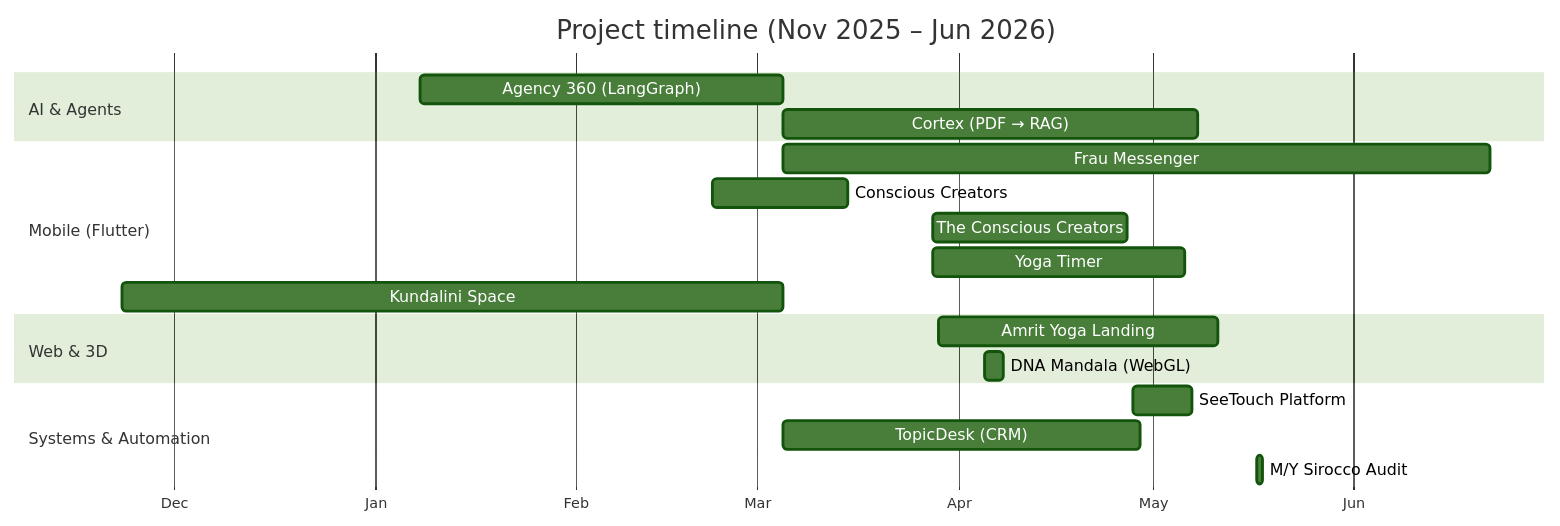
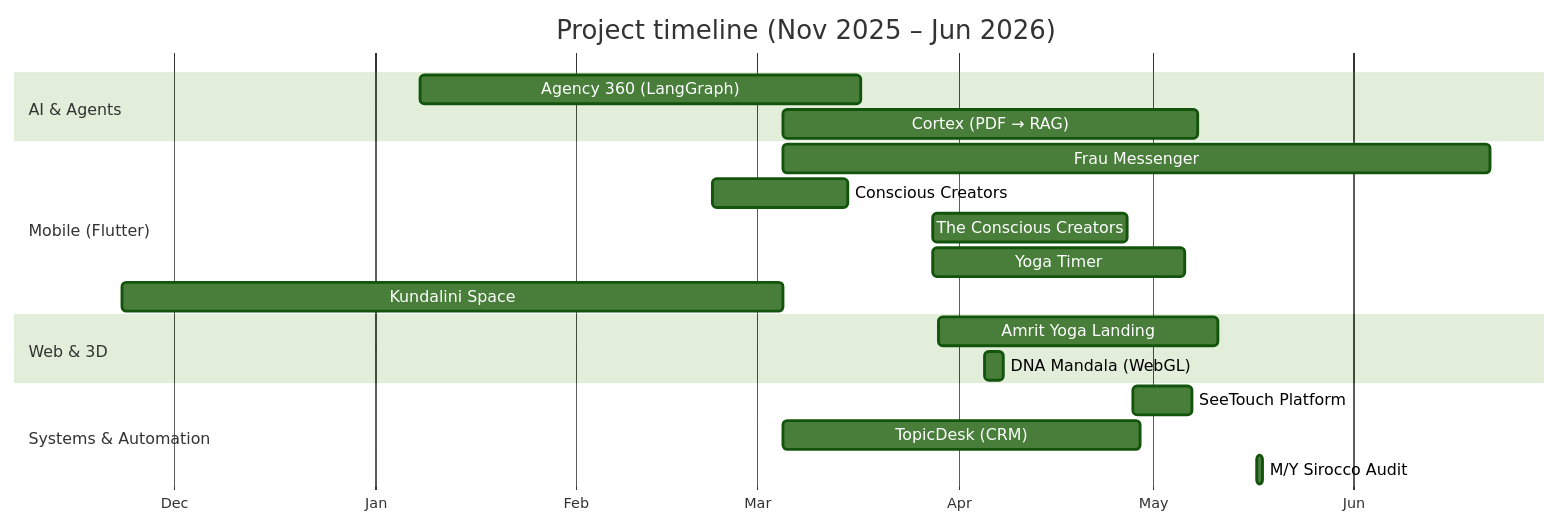
Before and after one commit to SeeTouch/SeeTouch: the diagram in README.md, drawn with Mermaid (forest theme). The commit also changed other lines of this file and 1 other file, not shown here.

Commit message:
Agency 360: unify as single project (197 commits, one repo); fix metrics

````diff
--- a/README.md
+++ b/README.md
@@ -54,22 +54,22 @@
 ```mermaid
 gantt
     title Project timeline (Nov 2025 – Jun 2026)
     dateFormat YYYY-MM-DD
     axisFormat %b
     section AI & Agents
-    Agency 360 (LangGraph)        :2026-01-08, 2026-03-05
+    Agency 360 (LangGraph)        :2026-01-08, 2026-03-17
     Cortex (PDF → RAG)            :2026-03-05, 2026-05-08
     section Mobile (Flutter)
     Frau Messenger               :2026-03-05, 2026-06-22
     Conscious Creators           :2026-02-22, 2026-03-15
     The Conscious Creators       :2026-03-28, 2026-04-27
     Yoga Timer                   :2026-03-28, 2026-05-06
     Kundalini Space              :2025-11-23, 2026-03-05
     section Web & 3D
     Amrit Yoga Landing           :2026-03-29, 2026-05-11
     DNA Mandala (WebGL)          :2026-04-05, 2026-04-08
     section Systems & Automation
     SeeTouch Platform            :2026-04-28, 2026-05-07
     TopicDesk (CRM)              :2026-03-05, 2026-04-29
     M/Y Sirocco Audit            :2026-05-17, 2026-05-18
 ```
````
